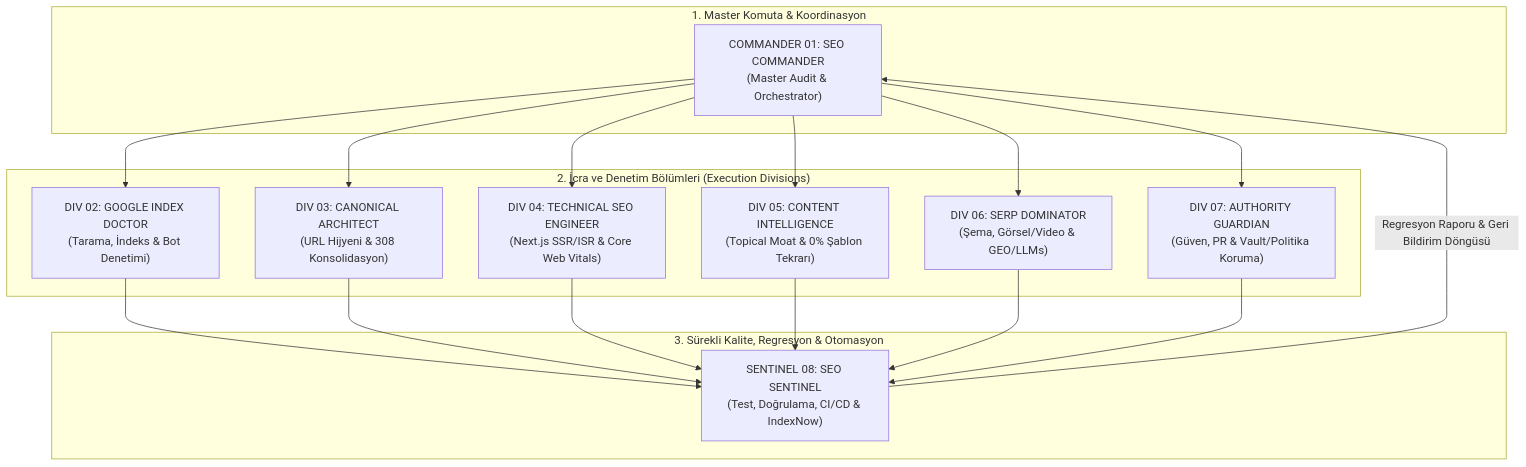
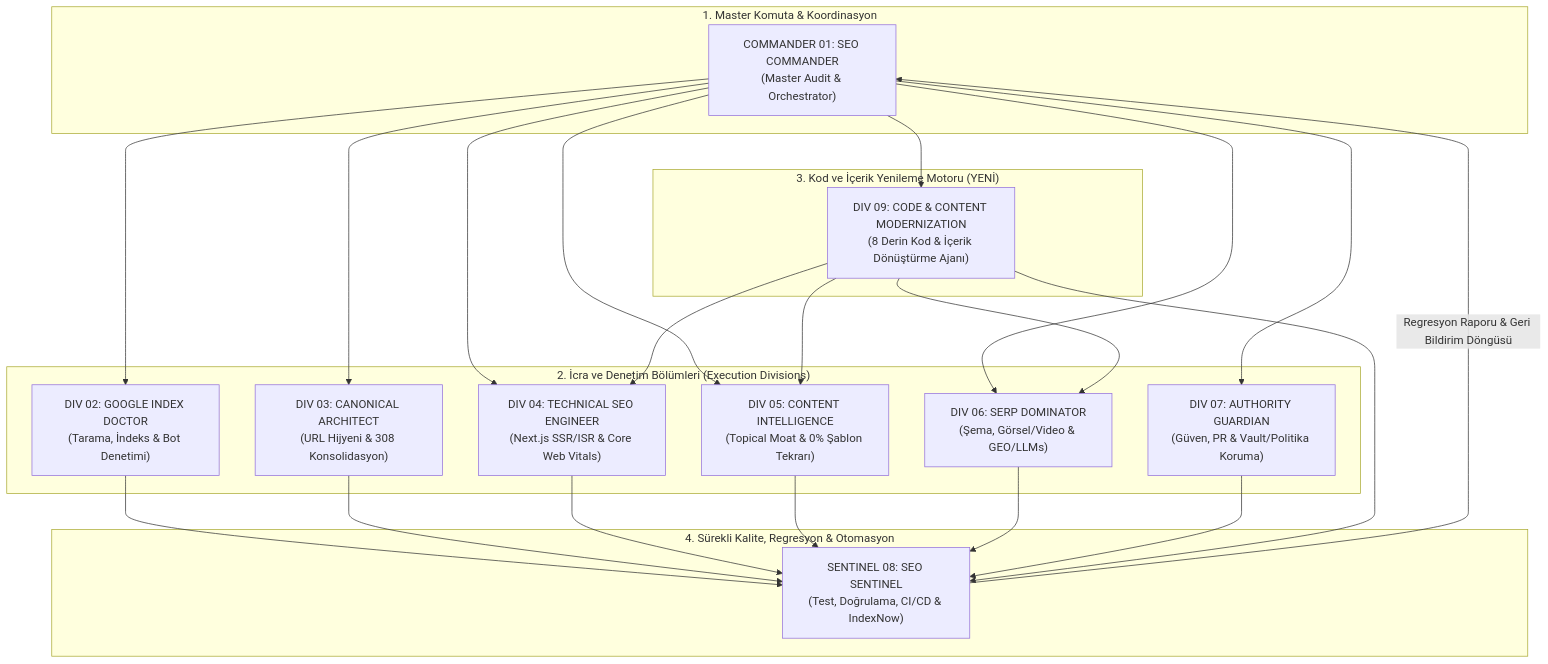
The first of 3 diagrams in docs/seo/master_seo_site_indexation_audit_report.md (kagankartal33/anomalybox), drawn with Mermaid before and after one commit. The commit also changed other lines of this file and 49 other files, not shown here.

Commit message:
feat(seo): 9-division 35-agent master modernization, content readability polish across 38 files, and report sync

````diff
--- a/docs/seo/master_seo_site_indexation_audit_report.md
+++ b/docs/seo/master_seo_site_indexation_audit_report.md
@@ -38,23 +38,29 @@
 ```mermaid
 graph TD
     subgraph ORCHESTRATION["1. Master Komuta & Koordinasyon"]
         C1["COMMANDER 01: SEO COMMANDER<br/>(Master Audit & Orchestrator)"]
     end
 
     subgraph DIVISIONS["2. İcra ve Denetim Bölümleri (Execution Divisions)"]
         D2["DIV 02: GOOGLE INDEX DOCTOR<br/>(Tarama, İndeks & Bot Denetimi)"]
         D3["DIV 03: CANONICAL ARCHITECT<br/>(URL Hijyeni & 308 Konsolidasyon)"]
         D4["DIV 04: TECHNICAL SEO ENGINEER<br/>(Next.js SSR/ISR & Core Web Vitals)"]
         D5["DIV 05: CONTENT INTELLIGENCE<br/>(Topical Moat & 0% Şablon Tekrarı)"]
         D6["DIV 06: SERP DOMINATOR<br/>(Şema, Görsel/Video & GEO/LLMs)"]
         D7["DIV 07: AUTHORITY GUARDIAN<br/>(Güven, PR & Vault/Politika Koruma)"]
     end
 
-    subgraph QA_LOOP["3. Sürekli Kalite, Regresyon & Otomasyon"]
+    subgraph MODERNIZATION["3. Kod ve İçerik Yenileme Motoru (YENİ)"]
+        D9["DIV 09: CODE & CONTENT MODERNIZATION<br/>(8 Derin Kod & İçerik Dönüştürme Ajanı)"]
+    end
+
+    subgraph QA_LOOP["4. Sürekli Kalite, Regresyon & Otomasyon"]
         S8["SENTINEL 08: SEO SENTINEL<br/>(Test, Doğrulama, CI/CD & IndexNow)"]
     end
 
     C1 --> D2 & D3 & D4 & D5 & D6 & D7
-    D2 & D3 & D4 & D5 & D6 & D7 --> S8
+    C1 --> D9
+    D9 --> D5 & D6 & D4
+    D2 & D3 & D4 & D5 & D6 & D7 & D9 --> S8
     S8 -- "Regresyon Raporu & Geri Bildirim Döngüsü" --> C1
 ```
````
